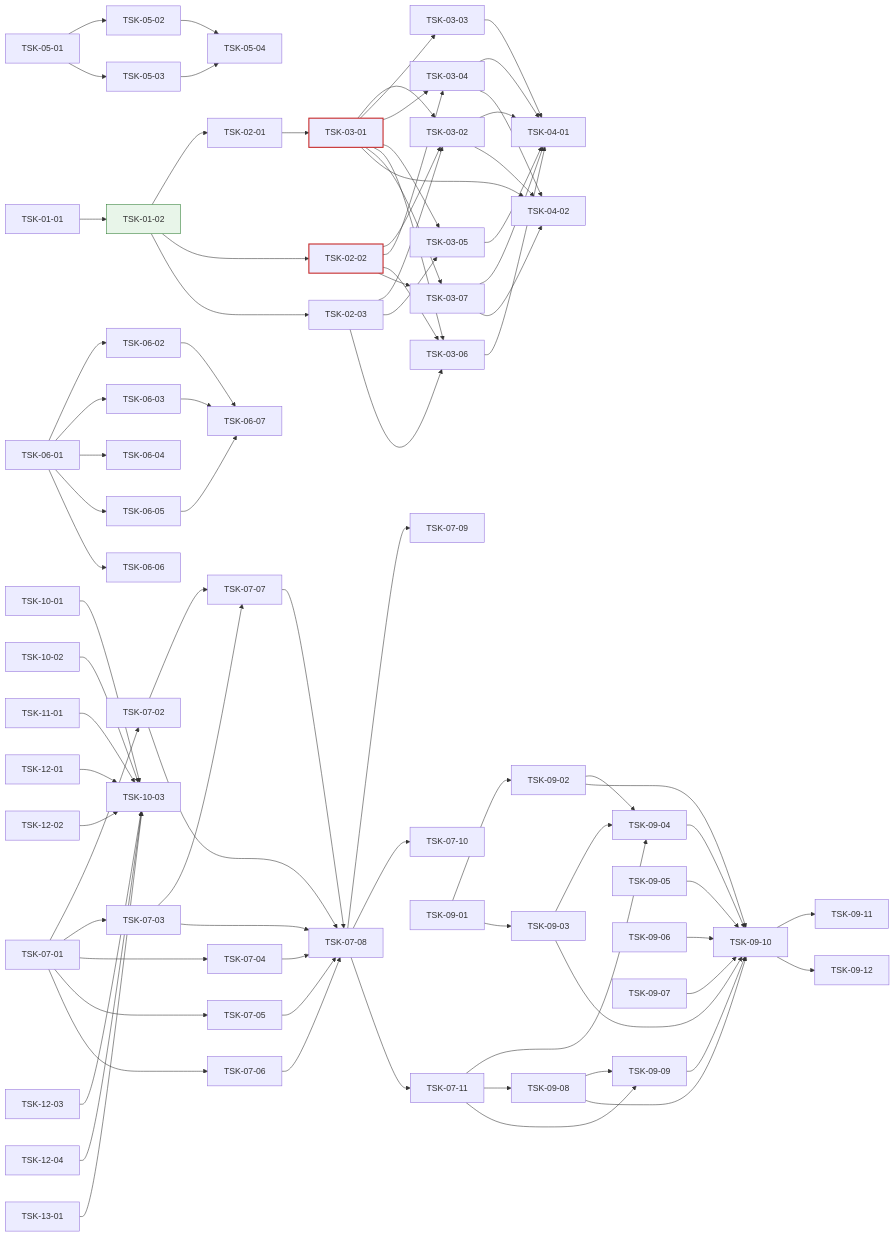
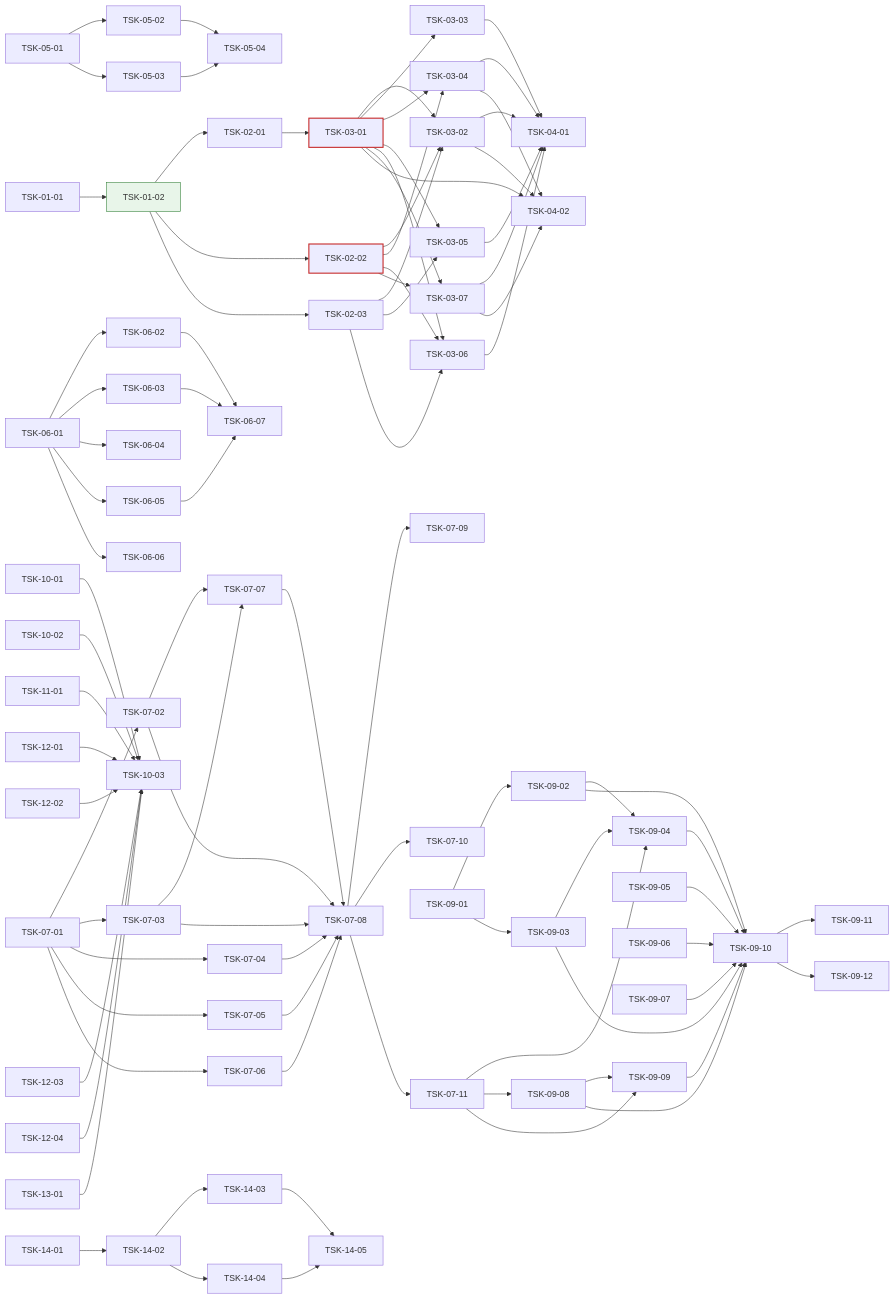
The diagram in docs/oranda1/wbs.md (jongik-sv/oranda), drawn with Mermaid before and after one commit. The commit also changed other lines of this file and 9 other files, not shown here.

```diff
--- a/docs/oranda1/wbs.md
+++ b/docs/oranda1/wbs.md
@@ -988,6 +1050,11 @@
   TSK-12-03 --> TSK-10-03
   TSK-12-04 --> TSK-10-03
   TSK-13-01 --> TSK-10-03
+  TSK-14-01 --> TSK-14-02
+  TSK-14-02 --> TSK-14-03
+  TSK-14-02 --> TSK-14-04
+  TSK-14-03 --> TSK-14-05
+  TSK-14-04 --> TSK-14-05
   style TSK-01-02 fill:#e8f5e9,stroke:#2e7d32
   style TSK-03-01 stroke:#c62828,stroke-width:2px
   style TSK-02-02 stroke:#c62828,stroke-width:2px
```
